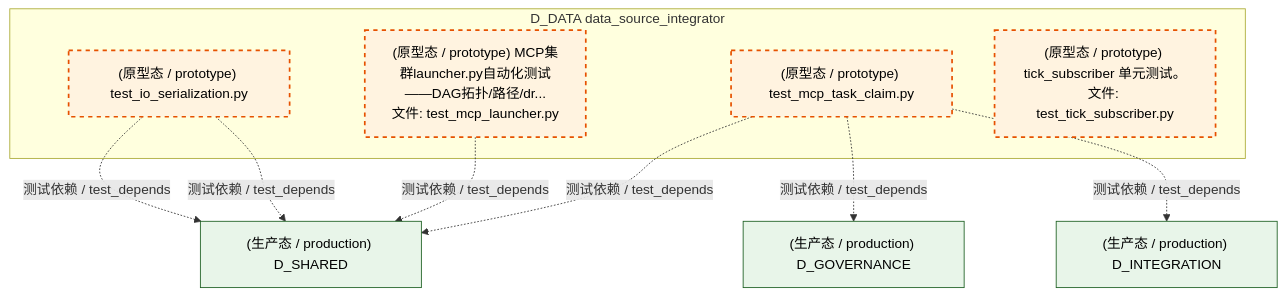
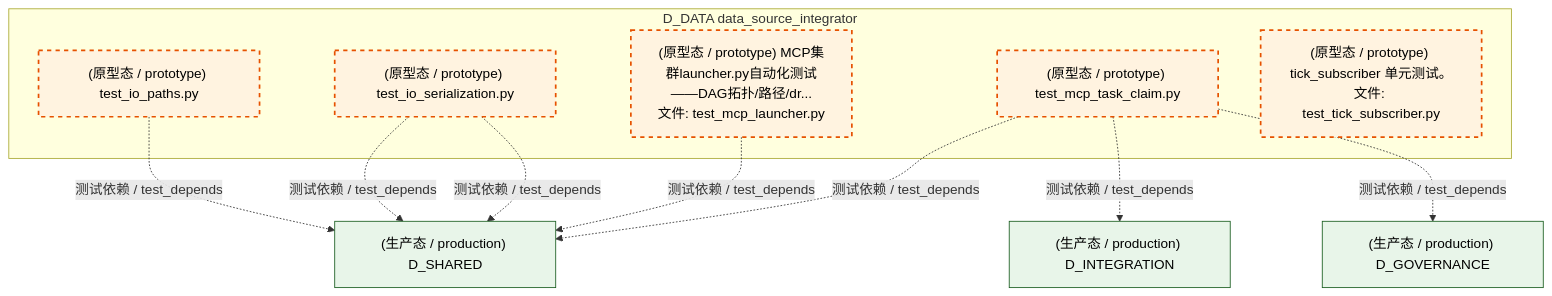
One commit to xuanFelixVan/ZephyrAlpha changed the third of 6 diagrams in docs/02_enterprise_architecture/02_domain_architecture_docs/61_d_data.md. Above: the diagram before and after it, drawn with Mermaid. The commit also changed other lines of this file and 126 other files, not shown here.

````diff
--- a/docs/02_enterprise_architecture/02_domain_architecture_docs/61_d_data.md
+++ b/docs/02_enterprise_architecture/02_domain_architecture_docs/61_d_data.md
@@ -310,24 +313,26 @@
 ```mermaid
 graph TD
     subgraph D_DATA["D_DATA data_source_integrator"]
+        tests_io_test_io_paths_py["(原型态 / prototype) test_io_paths.py"]
         tests_io_test_io_serialization_py["(原型态 / prototype) test_io_serialization.py"]
         tests_io_test_mcp_launcher_py["(原型态 / prototype) MCP集群launcher.py自动化测试——DAG拓扑/路径/dr...<br/>文件: test_mcp_launcher.py"]
         tests_io_test_mcp_task_claim_py["(原型态 / prototype) test_mcp_task_claim.py"]
         tests_zephyr_data_test_tick_subscriber_py["(原型态 / prototype) tick_subscriber 单元测试。<br/>文件: test_tick_subscriber.py"]
     end
+    D_GOVERNANCE["(生产态 / production) D_GOVERNANCE"]
+    tests_io_test_mcp_task_claim_py -.->|测试依赖 / test_depends| D_GOVERNANCE
     D_INTEGRATION["(生产态 / production) D_INTEGRATION"]
     tests_io_test_mcp_task_claim_py -.->|测试依赖 / test_depends| D_INTEGRATION
-    D_GOVERNANCE["(生产态 / production) D_GOVERNANCE"]
-    tests_io_test_mcp_task_claim_py -.->|测试依赖 / test_depends| D_GOVERNANCE
     D_SHARED["(生产态 / production) D_SHARED"]
     tests_io_test_io_serialization_py -.->|测试依赖 / test_depends| D_SHARED
+    tests_io_test_io_paths_py -.->|测试依赖 / test_depends| D_SHARED
+    tests_io_test_mcp_launcher_py -.->|测试依赖 / test_depends| D_SHARED
     tests_io_test_io_serialization_py -.->|测试依赖 / test_depends| D_SHARED
     tests_io_test_mcp_task_claim_py -.->|测试依赖 / test_depends| D_SHARED
-    tests_io_test_mcp_launcher_py -.->|测试依赖 / test_depends| D_SHARED
     classDef production fill:#e1f5fe,stroke:#01579b,stroke-width:2px,color:#000
     classDef design fill:#fff3e0,stroke:#e65100,stroke-width:2px,color:#000,stroke-dasharray: 5 5
     classDef external_prod fill:#e8f5e9,stroke:#1b5e20,stroke-width:1px,color:#000
     classDef external_design fill:#fce4ec,stroke:#880e4f,stroke-width:1px,color:#000,stroke-dasharray: 5 5
-    class tests_io_test_io_serialization_py,tests_io_test_mcp_launcher_py,tests_io_test_mcp_task_claim_py,tests_zephyr_data_test_tick_subscriber_py design
-    class D_INTEGRATION,D_GOVERNANCE,D_SHARED external_prod
+    class tests_io_test_io_paths_py,tests_io_test_io_serialization_py,tests_io_test_mcp_launcher_py,tests_io_test_mcp_task_claim_py,tests_zephyr_data_test_tick_subscriber_py design
+    class D_GOVERNANCE,D_INTEGRATION,D_SHARED external_prod
 ```
````
